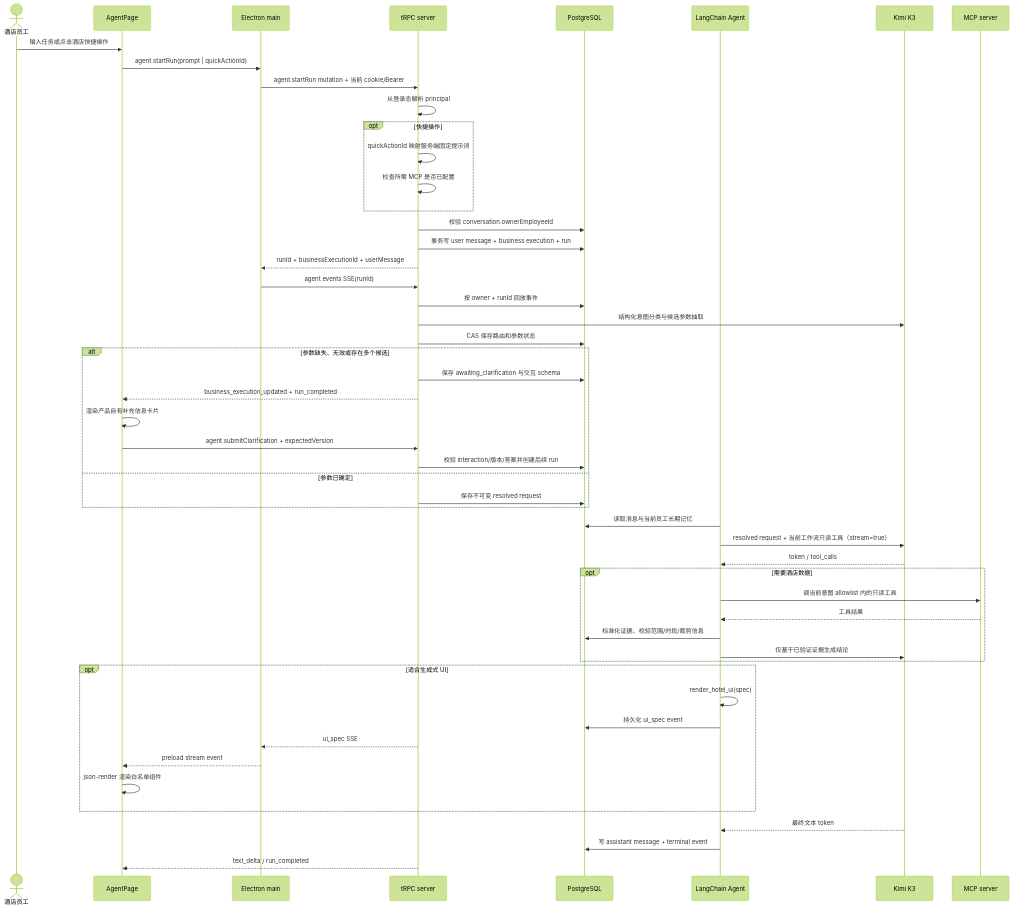
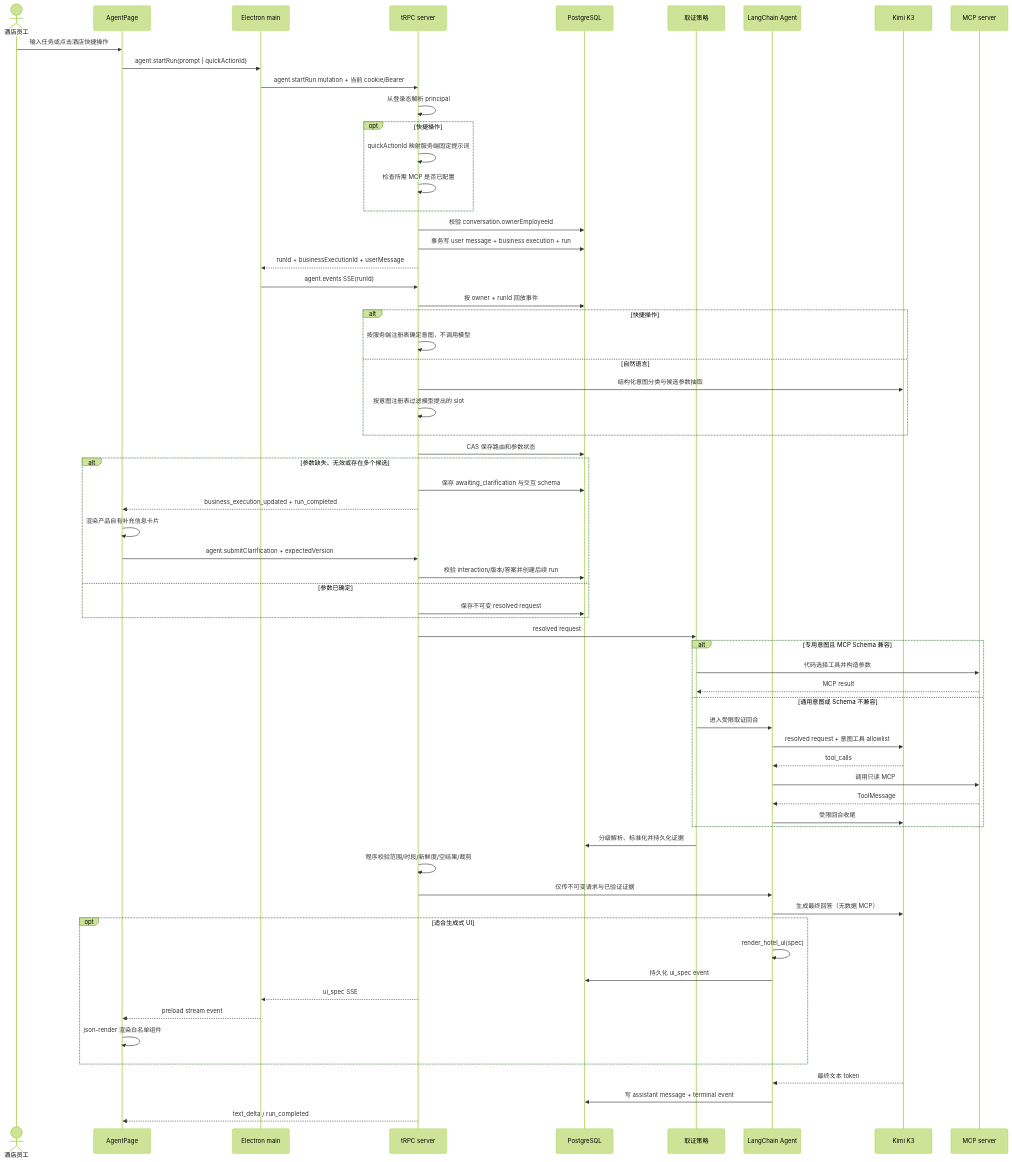
One commit to lishoubo/xiaozhi-desktop changed the second of 2 diagrams in docs/agent-integration-guide.md. Above: the diagram before and after it, drawn with Mermaid (forest theme). The commit also changed other lines of this file and 25 other files, not shown here.

Commit message:
refine intent flow

````diff
--- a/docs/agent-integration-guide.md
+++ b/docs/agent-integration-guide.md
@@ -64,55 +64,68 @@
 ```mermaid
 sequenceDiagram
   actor User as 酒店员工
   participant UI as AgentPage
   participant Main as Electron main
   participant TRPC as tRPC server
   participant DB as PostgreSQL
+  participant Collector as 取证策略
   participant Agent as LangChain Agent
   participant Kimi as Kimi K3
   participant MCP as MCP server
 
   User->>UI: 输入任务或点击酒店快捷操作
   UI->>Main: agent.startRun(prompt | quickActionId)
   Main->>TRPC: agent.startRun mutation + 当前 cookie/Bearer
   TRPC->>TRPC: 从登录态解析 principal
   opt 快捷操作
     TRPC->>TRPC: quickActionId 映射服务端固定提示词
     TRPC->>TRPC: 检查所需 MCP 是否已配置
   end
   TRPC->>DB: 校验 conversation.ownerEmployeeId
   TRPC->>DB: 事务写 user message + business execution + run
   TRPC-->>Main: runId + businessExecutionId + userMessage
   Main->>TRPC: agent.events SSE(runId)
   TRPC->>DB: 按 owner + runId 回放事件
-  TRPC->>Kimi: 结构化意图分类与候选参数抽取
+  alt 快捷操作
+    TRPC->>TRPC: 按服务端注册表确定意图，不调用模型
+  else 自然语言
+    TRPC->>Kimi: 结构化意图分类与候选参数抽取
+    TRPC->>TRPC: 按意图注册表过滤模型提出的 slot
+  end
   TRPC->>DB: CAS 保存路由和参数状态
   alt 参数缺失、无效或存在多个候选
     TRPC->>DB: 保存 awaiting_clarification 与交互 schema
     TRPC-->>UI: business_execution_updated + run_completed
     UI->>UI: 渲染产品自有补充信息卡片
     UI->>TRPC: agent.submitClarification + expectedVersion
     TRPC->>DB: 校验 interaction/版本/答案并创建后续 run
   else 参数已确定
     TRPC->>DB: 保存不可变 resolved request
   end
-  Agent->>DB: 读取消息与当前员工长期记忆
-  Agent->>Kimi: resolved request + 当前工作流只读工具（stream=true）
-  Kimi-->>Agent: token / tool_calls
-  opt 需要酒店数据
-    Agent->>MCP: 调当前意图 allowlist 内的只读工具
-    MCP-->>Agent: 工具结果
-    Agent->>DB: 标准化证据、校验范围/时段/裁剪信息
-    Agent->>Kimi: 仅基于已验证证据生成结论
+  TRPC->>Collector: resolved request
+  alt 专用意图且 MCP Schema 兼容
+    Collector->>MCP: 代码选择工具并构造参数
+    MCP-->>Collector: MCP result
+  else 通用意图或 Schema 不兼容
+    Collector->>Agent: 进入受限取证回合
+    Agent->>Kimi: resolved request + 意图工具 allowlist
+    Kimi-->>Agent: tool_calls
+    Agent->>MCP: 调用只读 MCP
+    MCP-->>Agent: ToolMessage
+    Agent->>Kimi: 受限回合收尾
   end
+  Collector->>DB: 分级解析、标准化并持久化证据
+  TRPC->>TRPC: 程序校验范围/时段/新鲜度/空结果/裁剪
+  TRPC->>Agent: 仅传不可变请求与已验证证据
+  Agent->>Kimi: 生成最终回答（无数据 MCP）
   opt 适合生成式 UI
     Agent->>Agent: render_hotel_ui(spec)
     Agent->>DB: 持久化 ui_spec event
     TRPC-->>Main: ui_spec SSE
     Main-->>UI: preload stream event
     UI->>UI: json-render 渲染白名单组件
   end
   Kimi-->>Agent: 最终文本 token
   Agent->>DB: 写 assistant message + terminal event
   TRPC-->>UI: text_delta / run_completed
 ```
````
